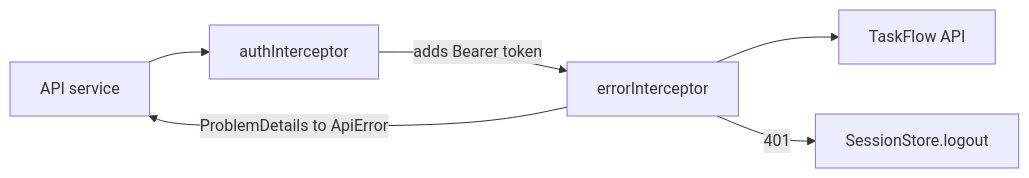
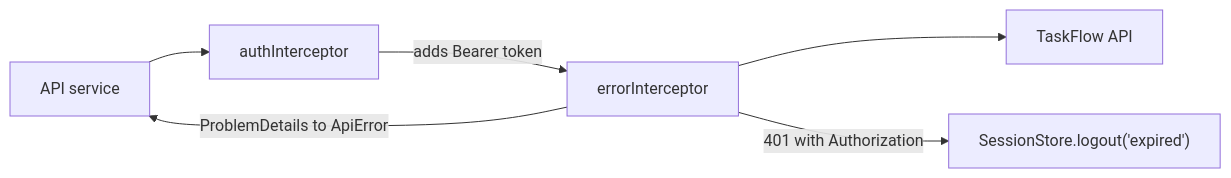
The sixth of 7 diagrams in docs/ARCHITECTURE.md (BrunoGomes99/task-flow-web), drawn with Mermaid before and after one commit. The commit also changed other lines of this file and 2 other files, not shown here.

````diff
--- a/docs/ARCHITECTURE.md
+++ b/docs/ARCHITECTURE.md
@@ -162,8 +162,8 @@
 ```mermaid
 flowchart LR
   Service[API service] --> AuthInt[authInterceptor]
   AuthInt -->|"adds Bearer token"| ErrInt[errorInterceptor]
   ErrInt --> Backend[TaskFlow API]
   ErrInt -->|"ProblemDetails to ApiError"| Service
-  ErrInt -->|"401"| Session[SessionStore.logout]
+  ErrInt -->|"401 with Authorization"| Session["SessionStore.logout('expired')"]
 ```
````
